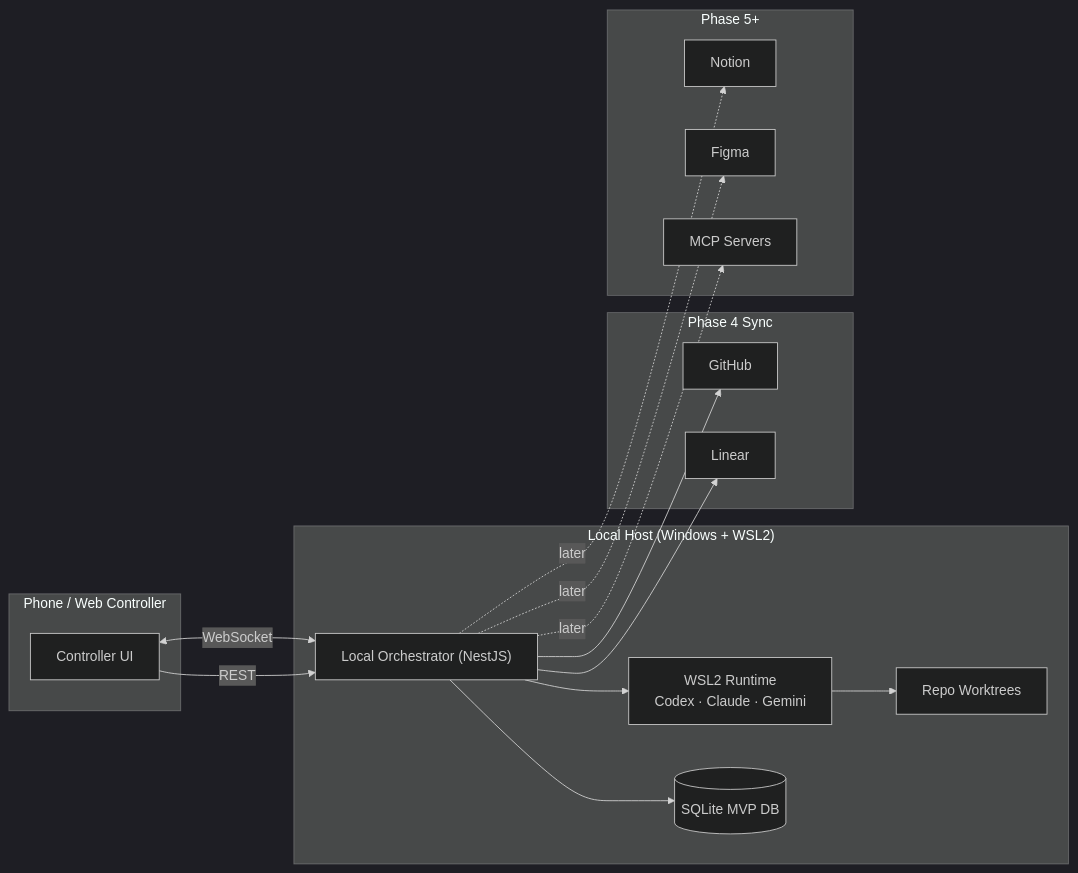
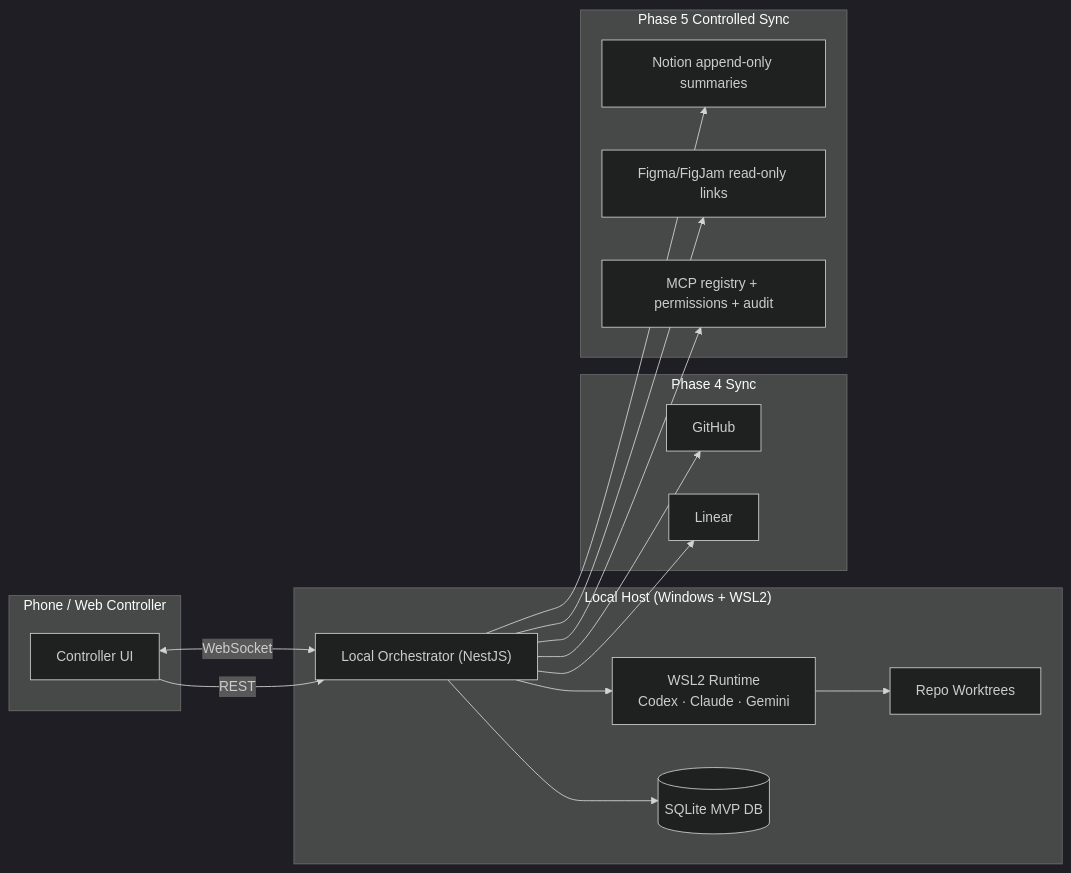
Before and after one commit to mjshuff23/agents-with-remote-control-mobile-controller: the diagram in README.md, drawn with Mermaid (dark theme). The commit also changed other lines of this file, not shown here.

Commit message:
docs: mark phase 5 active

````diff
--- a/README.md
+++ b/README.md
@@ -106,31 +126,31 @@
 ```mermaid
 flowchart LR
   subgraph Mobile["Phone / Web Controller"]
     UI["Controller UI"]
   end
   subgraph Host["Local Host (Windows + WSL2)"]
     Orch["Local Orchestrator (NestJS)"]
     WSL["WSL2 Runtime<br/>Codex · Claude · Gemini"]
     WT["Repo Worktrees"]
     DB[("SQLite MVP DB")]
   end
   subgraph Sync["Phase 4 Sync"]
     GH["GitHub"]
     LN["Linear"]
   end
-  subgraph Later["Phase 5+"]
-    NT["Notion"]
-    FG["Figma"]
-    MCP["MCP Servers"]
+  subgraph Controlled["Phase 5 Controlled Sync"]
+    NT["Notion append-only summaries"]
+    FG["Figma/FigJam read-only links"]
+    MCP["MCP registry + permissions + audit"]
   end
   UI <-->|"WebSocket"| Orch
   UI -->|"REST"| Orch
   Orch --> WSL
   WSL --> WT
   Orch --> DB
   Orch --> GH
   Orch --> LN
-  Orch -. later .-> NT
-  Orch -. later .-> FG
-  Orch -. later .-> MCP
+  Orch --> NT
+  Orch --> FG
+  Orch --> MCP
 ```
````
